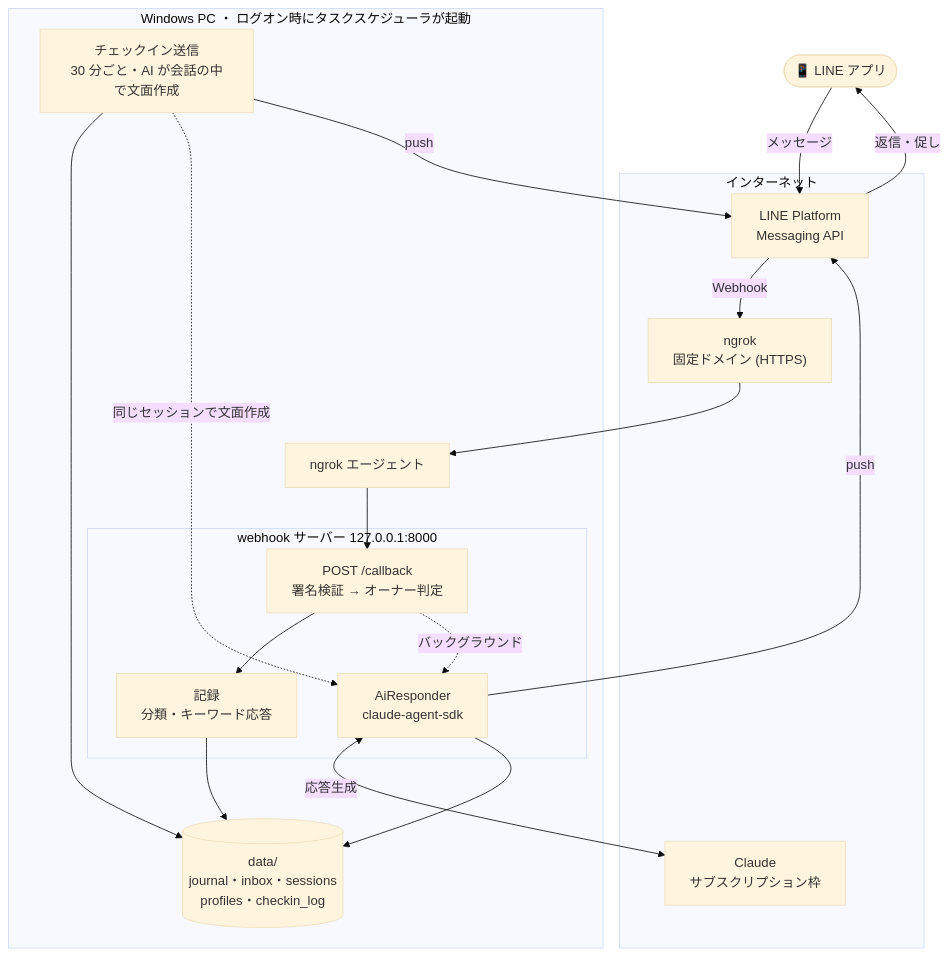
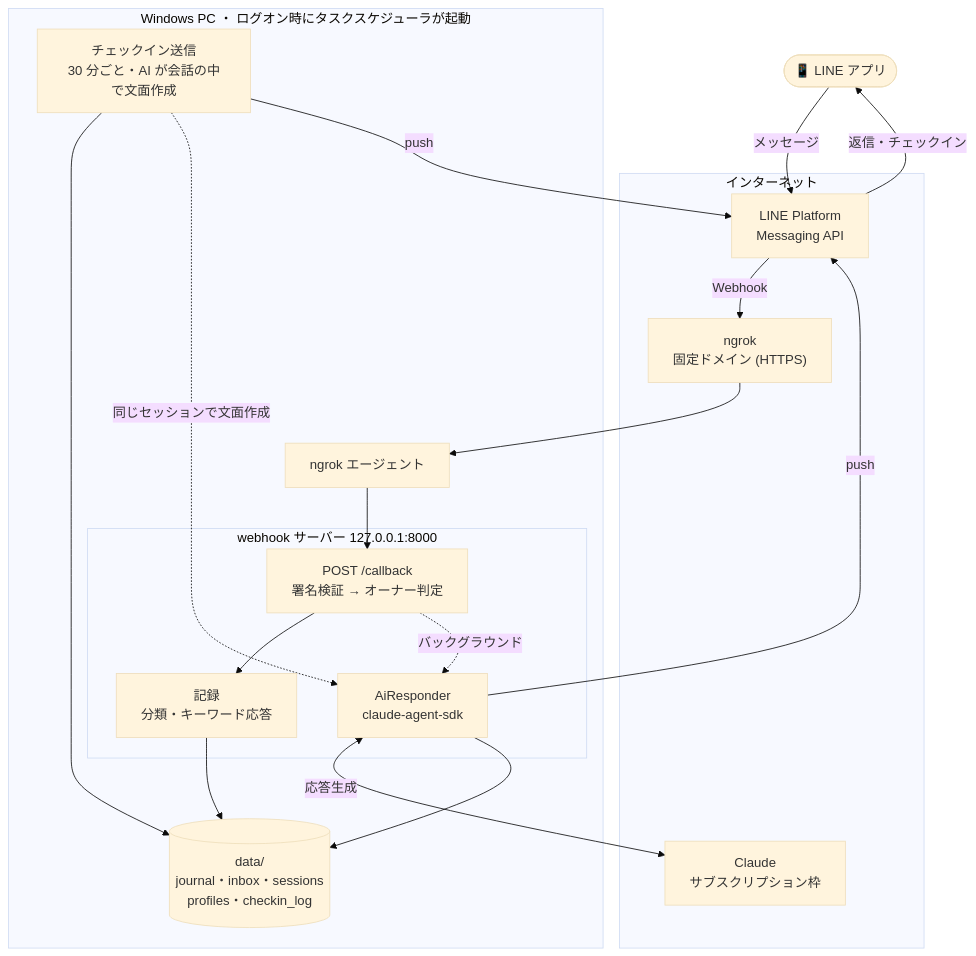
Before and after one commit to ayatough/ai-journaling-agent: the first of 3 diagrams in docs/architecture.md, drawn with Mermaid (base theme). The commit also changed other lines of this file and 13 other files, not shown here.

````diff
--- a/docs/architecture.md
+++ b/docs/architecture.md
@@ -8,33 +8,33 @@
 ```mermaid
 flowchart TB
     user(["📱 LINE アプリ"])
 
     subgraph cloud["インターネット"]
         line["LINE Platform<br/>Messaging API"]
         ngrok_edge["ngrok<br/>固定ドメイン (HTTPS)"]
         anthropic["Claude<br/>サブスクリプション枠"]
     end
 
     subgraph pc["Windows PC ・ ログオン時にタスクスケジューラが起動"]
         tunnel["ngrok エージェント"]
         subgraph app["webhook サーバー 127.0.0.1:8000"]
             callback["POST /callback<br/>署名検証 → オーナー判定"]
             handlers["記録<br/>分類・キーワード応答"]
             responder["AiResponder<br/>claude-agent-sdk"]
         end
         checkin["チェックイン送信<br/>30 分ごと・AI が会話の中で文面作成"]
         data[("data/<br/>journal・inbox・sessions<br/>profiles・checkin_log")]
     end
 
     user -- "メッセージ" --> line
     line -- "Webhook" --> ngrok_edge --> tunnel --> callback
     callback --> handlers --> data
     callback -. "バックグラウンド" .-> responder
     responder <-- "応答生成" --> anthropic
     responder --> data
     responder -- "push" --> line
     checkin --> data
     checkin -. "同じセッションで文面作成" .-> responder
     checkin -- "push" --> line
-    line -- "返信・促し" --> user
+    line -- "返信・チェックイン" --> user
 ```
````
